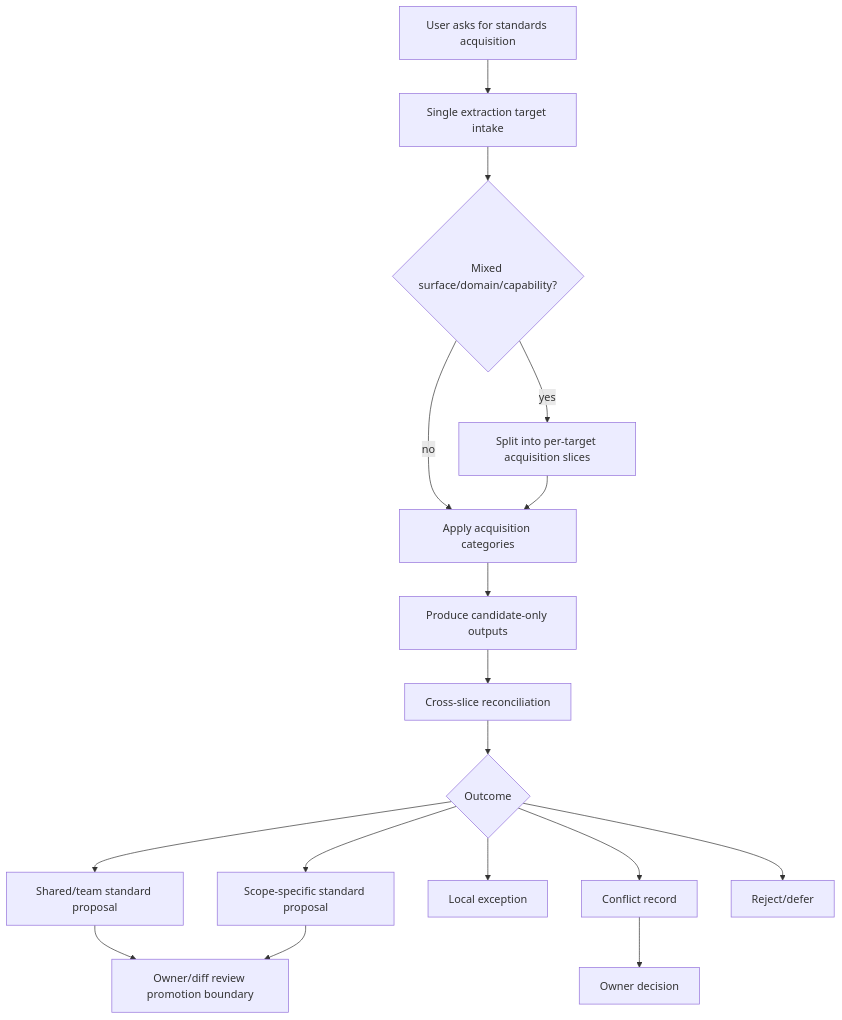
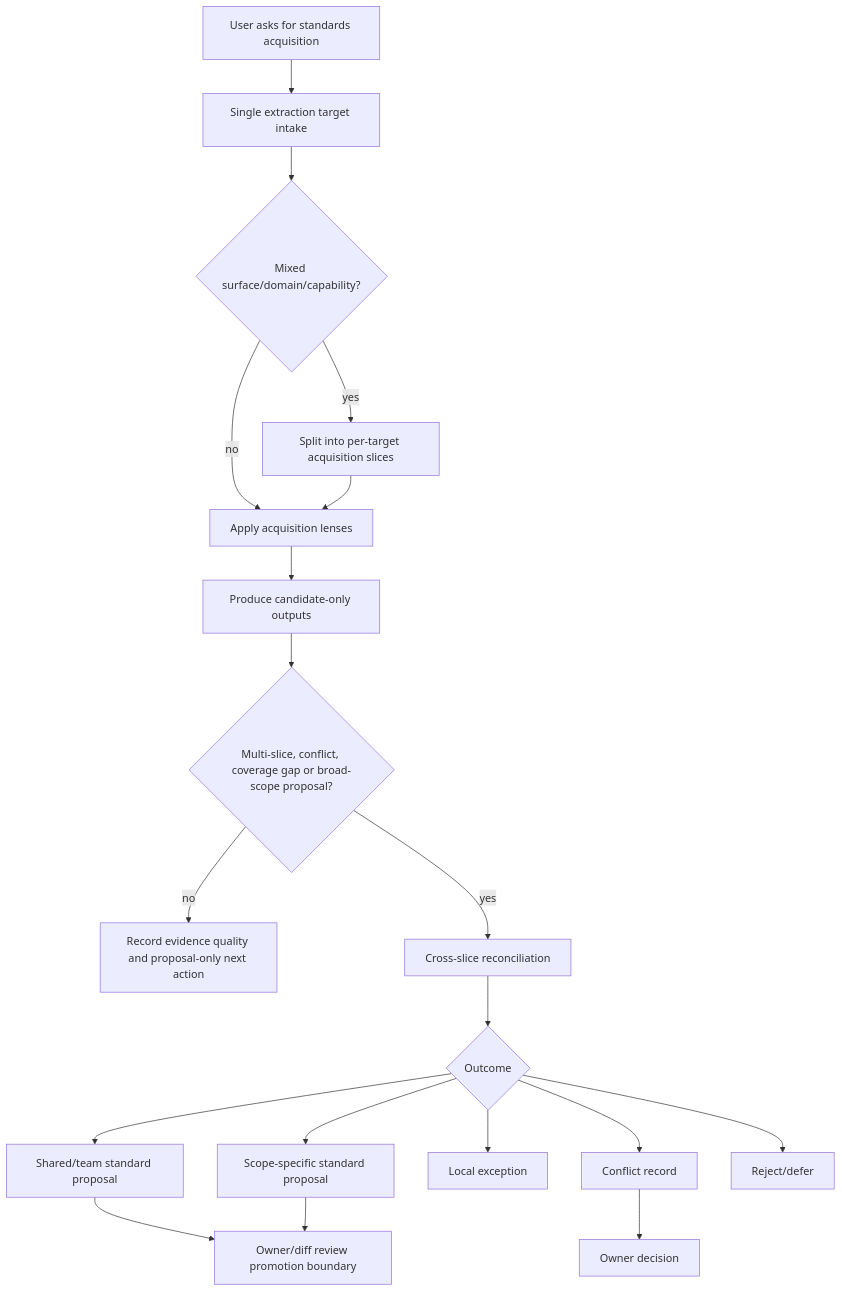
Before and after one commit to leo-kuang-ai/spec-first: the first of 2 diagrams in docs/plans/2026-07-05-001-refactor-standards-acquisition-flow-plan.md, drawn with Mermaid. The commit also changed other lines of this file and 17 other files, not shown here.

````diff
--- a/docs/plans/2026-07-05-001-refactor-standards-acquisition-flow-plan.md
+++ b/docs/plans/2026-07-05-001-refactor-standards-acquisition-flow-plan.md
@@ -156,19 +156,21 @@
 ```mermaid
 flowchart TB
   UserInput[User asks for standards acquisition] --> Intake[Single extraction target intake]
   Intake --> Split{Mixed surface/domain/capability?}
   Split -->|yes| SlicePacks[Split into per-target acquisition slices]
-  Split -->|no| Categories[Apply acquisition categories]
-  SlicePacks --> Categories
-  Categories --> CandidateOnly[Produce candidate-only outputs]
-  CandidateOnly --> Reconcile[Cross-slice reconciliation]
+  Split -->|no| Lenses[Apply acquisition lenses]
+  SlicePacks --> Lenses
+  Lenses --> CandidateOnly[Produce candidate-only outputs]
+  CandidateOnly --> NeedReconcile{Multi-slice, conflict, coverage gap or broad-scope proposal?}
+  NeedReconcile -->|no| EvidenceQuality[Record evidence quality and proposal-only next action]
+  NeedReconcile -->|yes| Reconcile[Cross-slice reconciliation]
   Reconcile --> Outcomes{Outcome}
   Outcomes --> Shared[Shared/team standard proposal]
   Outcomes --> Scoped[Scope-specific standard proposal]
   Outcomes --> Exception[Local exception]
   Outcomes --> Conflict[Conflict record]
   Outcomes --> Reject[Reject/defer]
   Shared --> Promotion[Owner/diff review promotion boundary]
   Scoped --> Promotion
   Conflict --> Owner[Owner decision]
 ```
````
